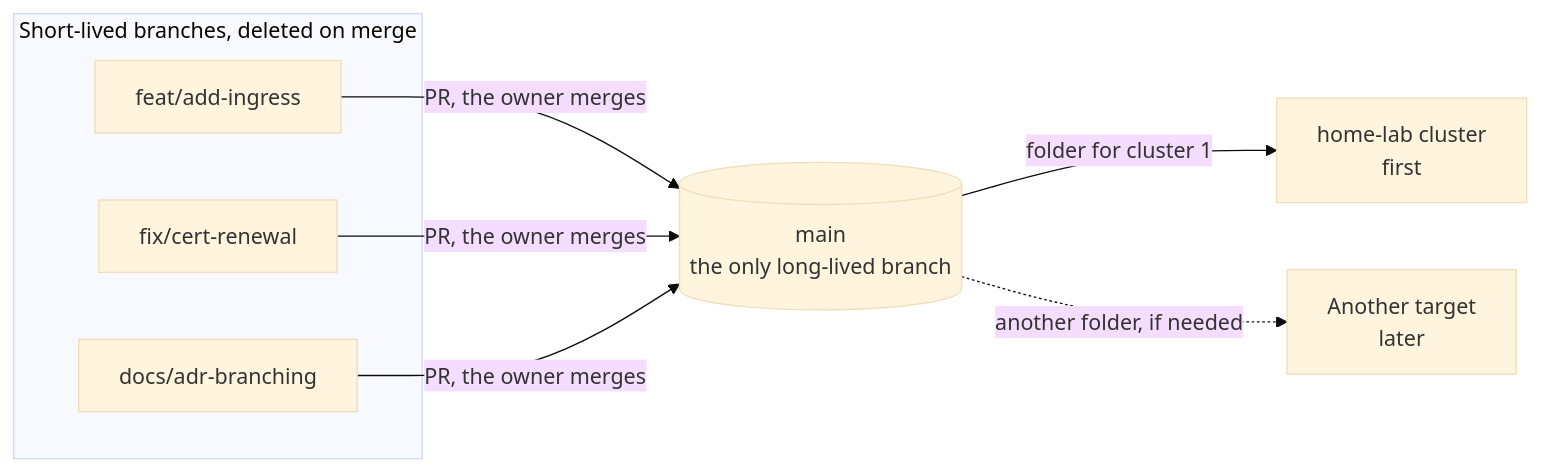
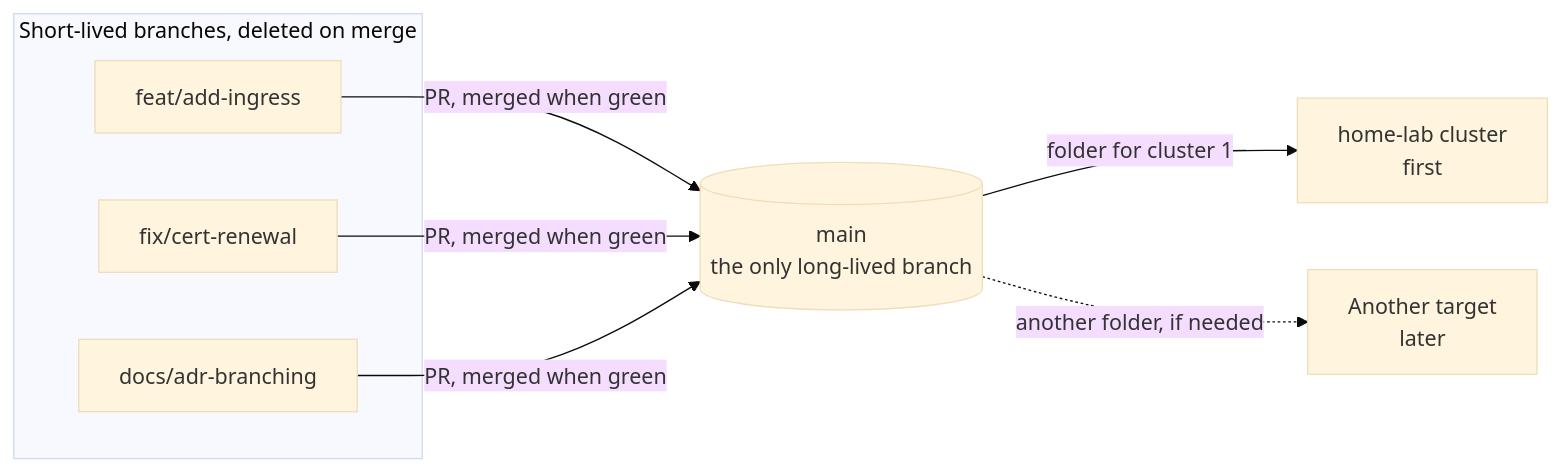
The diagram in docs/decisions/0002-use-one-main-branch-with-environment-folders.md (jonhill90/central-hub), drawn with Mermaid (base theme) before and after one commit. The commit also changed other lines of this file and 6 other files, not shown here.

````diff
--- a/docs/decisions/0002-use-one-main-branch-with-environment-folders.md
+++ b/docs/decisions/0002-use-one-main-branch-with-environment-folders.md
@@ -49,14 +49,14 @@
 ```mermaid
 flowchart LR
   subgraph short["Short-lived branches, deleted on merge"]
     F["feat/add-ingress"]
     X["fix/cert-renewal"]
     D["docs/adr-branching"]
   end
-  F -->|PR, the owner merges| M
-  X -->|PR, the owner merges| M
-  D -->|PR, the owner merges| M
+  F -->|PR, merged when green| M
+  X -->|PR, merged when green| M
+  D -->|PR, merged when green| M
   M[("main<br/>the only long-lived branch")]
   M -->|folder for cluster 1| C1["home-lab cluster<br/>first"]
   M -.->|another folder, if needed| C2["Another target<br/>later"]
 ```
````
